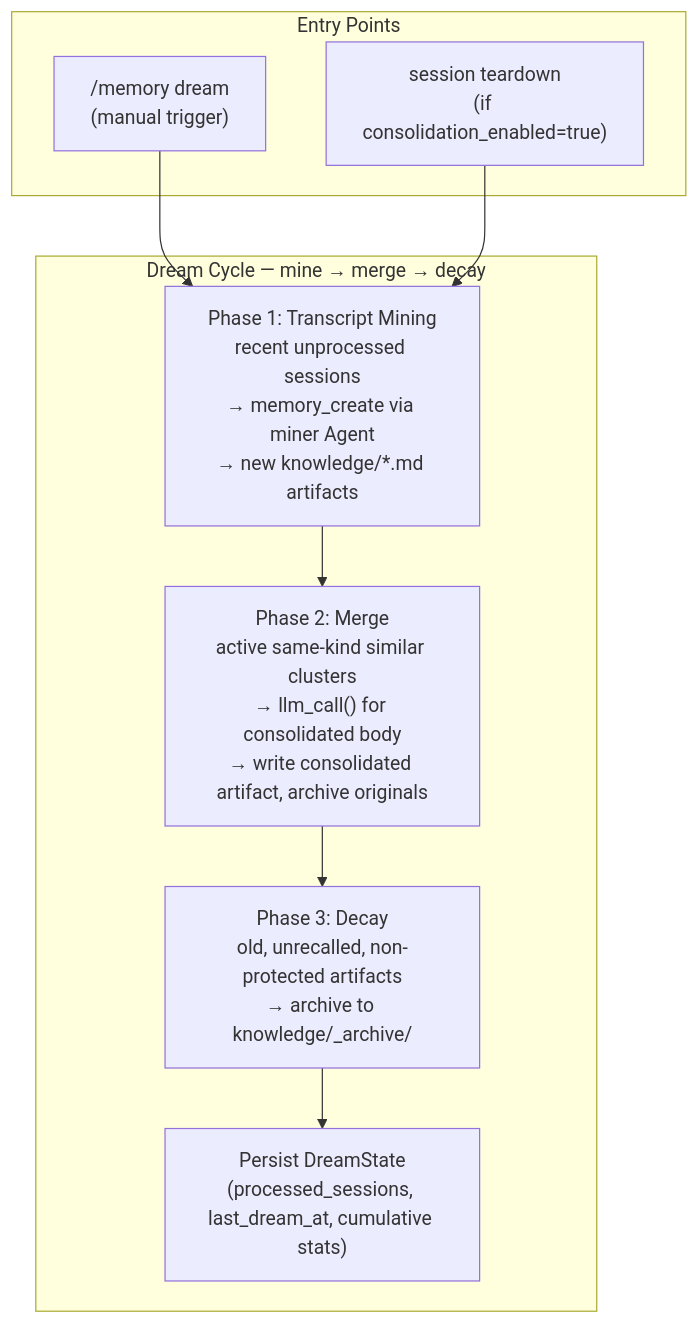
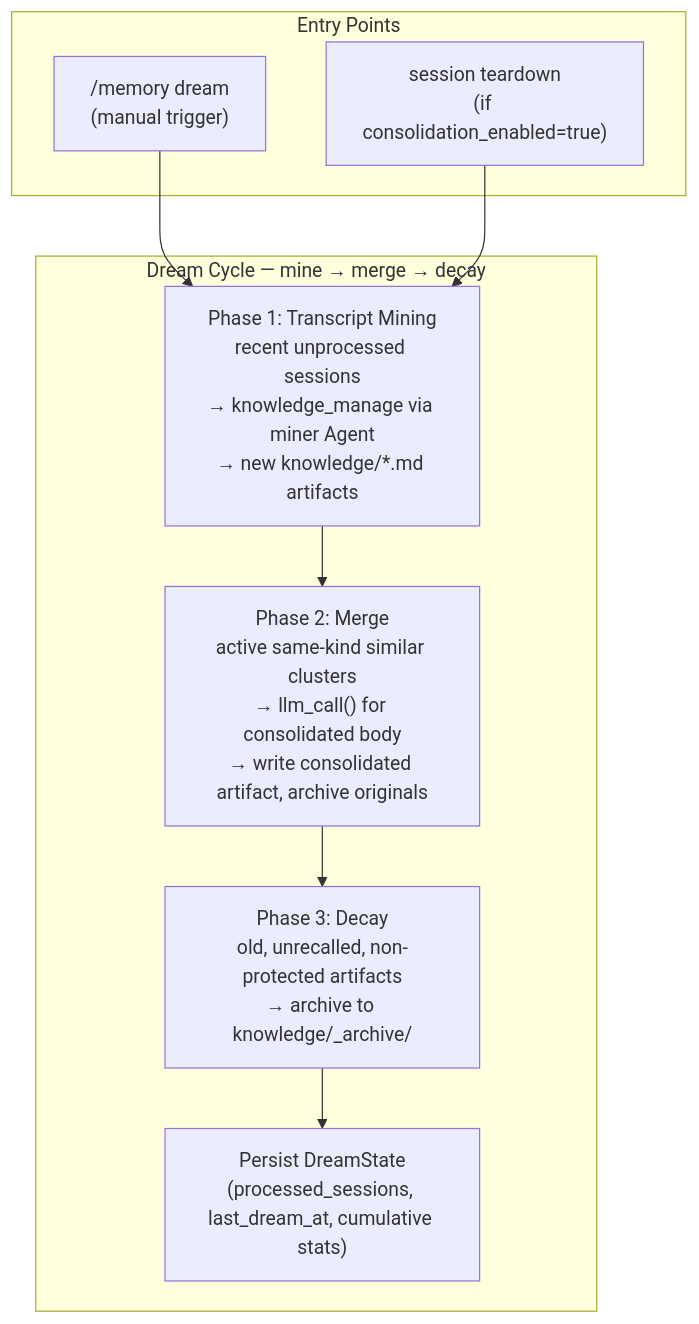
The diagram in docs/specs/dream.md (binlecode/co-cli), drawn with Mermaid before and after one commit. The commit also changed other lines of this file and 48 other files, not shown here.

````diff
--- a/docs/specs/dream.md
+++ b/docs/specs/dream.md
@@ -18,20 +18,20 @@
 ```mermaid
 flowchart TD
     subgraph Entry["Entry Points"]
         Manual["/memory dream\n(manual trigger)"]
         Auto["session teardown\n(if consolidation_enabled=true)"]
     end
 
     subgraph Cycle["Dream Cycle — mine → merge → decay"]
-        Mine["Phase 1: Transcript Mining\nrecent unprocessed sessions\n→ memory_create via miner Agent\n→ new knowledge/*.md artifacts"]
+        Mine["Phase 1: Transcript Mining\nrecent unprocessed sessions\n→ knowledge_manage via miner Agent\n→ new knowledge/*.md artifacts"]
         Merge["Phase 2: Merge\nactive same-kind similar clusters\n→ llm_call() for consolidated body\n→ write consolidated artifact, archive originals"]
         Decay["Phase 3: Decay\nold, unrecalled, non-protected artifacts\n→ archive to knowledge/_archive/"]
         State["Persist DreamState\n(processed_sessions, last_dream_at, cumulative stats)"]
     end
 
     Manual --> Mine
     Auto --> Mine
     Mine --> Merge
     Merge --> Decay
     Decay --> State
 ```
````
